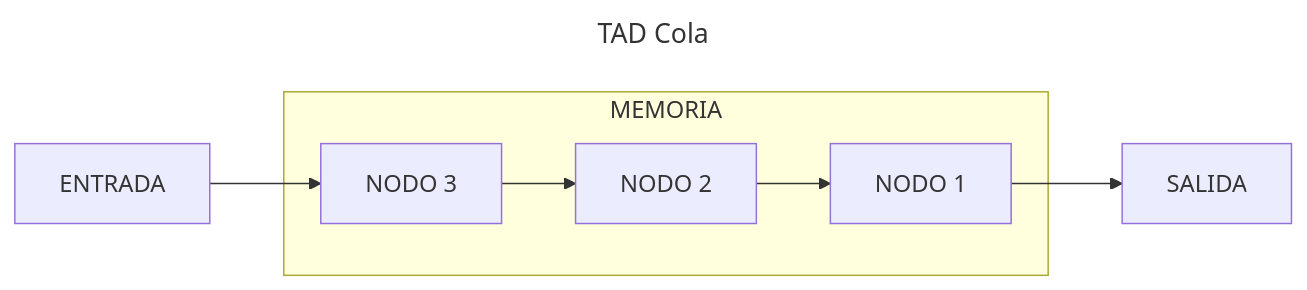
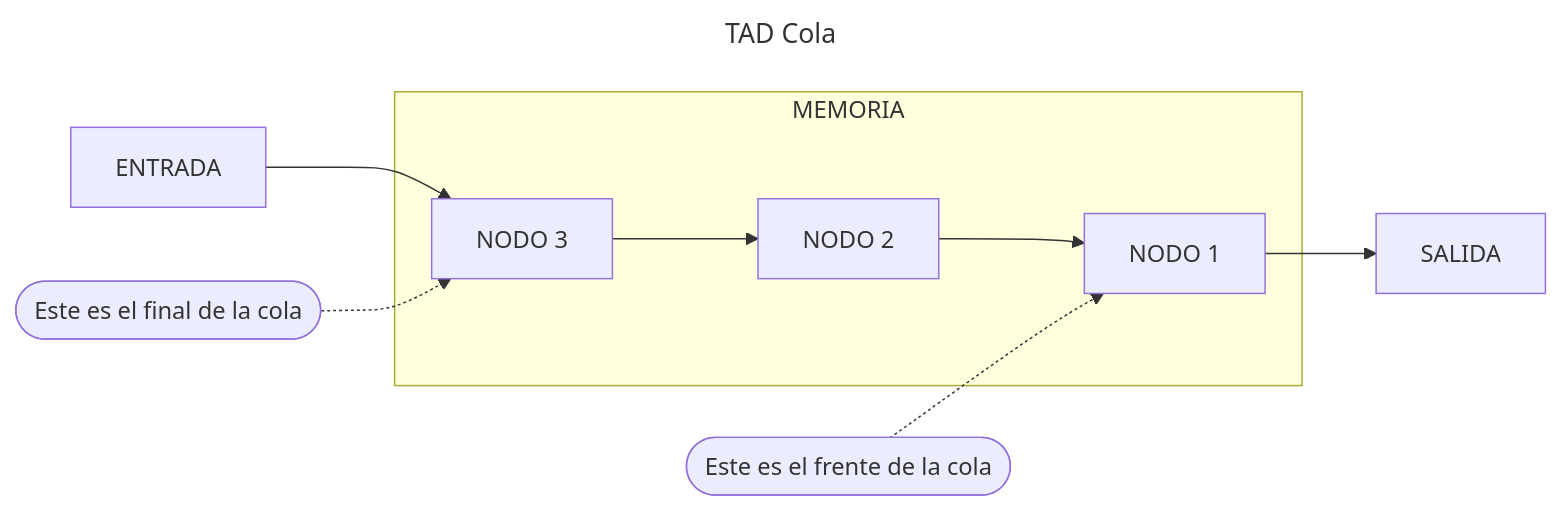
The first of 2 diagrams in docs/topics/03-Apuntes/Pro-2/Tema-4-y-5-Colas-y-Pilas.md (TeenBiscuits/Pro2324), drawn with Mermaid before and after one commit. The commit also changed other lines of this file and 2 other files, not shown here.

````diff
--- a/docs/topics/03-Apuntes/Pro-2/Tema-4-y-5-Colas-y-Pilas.md
+++ b/docs/topics/03-Apuntes/Pro-2/Tema-4-y-5-Colas-y-Pilas.md
@@ -44,12 +44,14 @@
 ```mermaid
 ---
 title: TAD Cola
 ---
 flowchart LR
     subgraph MEMORIA
         NODO1[NODO 1]
         NODO2[NODO 2]
         NODO3[NODO 3]
     end
     ENTRADA --> NODO3 --> NODO2 --> NODO1 --> SALIDA
+    FRENTE([Este es el frente de la cola]) -.-> NODO1
+    FINAL([Este es el final de la cola]) -.-> NODO3
 ```
````
